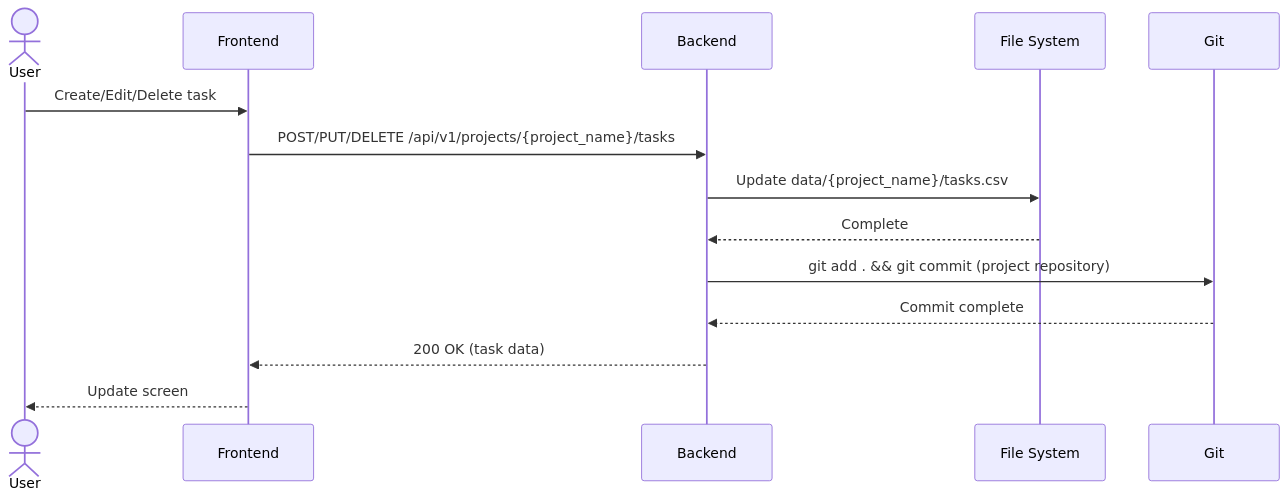
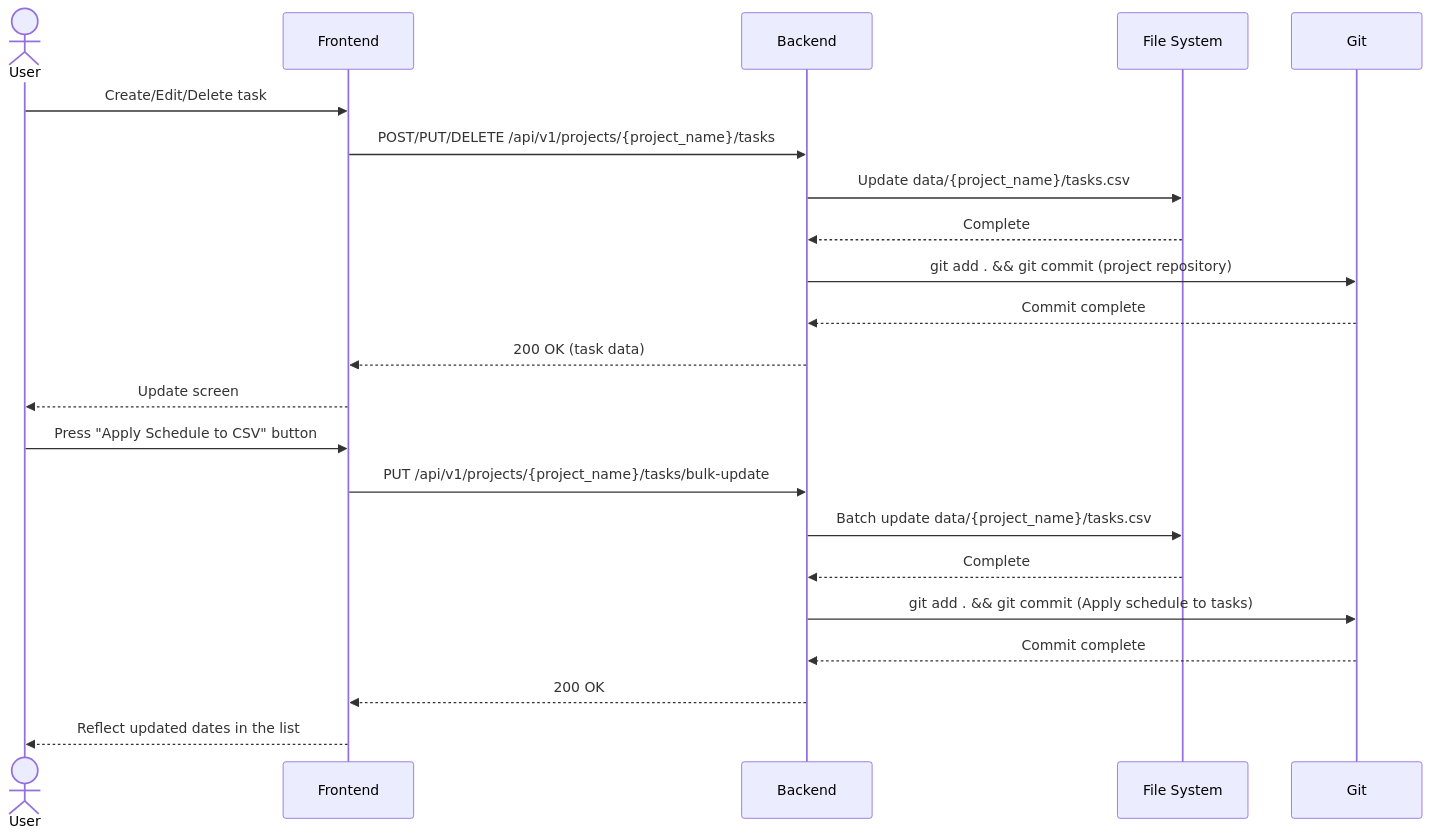
Before and after one commit to FukayaLearning/local-project-management-tool: the fourth of 6 diagrams in doc/design/system.md, drawn with Mermaid. The commit also changed other lines of this file and 12 other files, not shown here.

````diff
--- a/doc/design/system.md
+++ b/doc/design/system.md
@@ -109,17 +109,26 @@
 ```mermaid
 sequenceDiagram
     actor User as User
     participant FE as Frontend
     participant BE as Backend
     participant FS as File System
     participant Git as Git
 
     User->>FE: Create/Edit/Delete task
     FE->>BE: POST/PUT/DELETE /api/v1/projects/{project_name}/tasks
     BE->>FS: Update data/{project_name}/tasks.csv
     FS-->>BE: Complete
     BE->>Git: git add . && git commit (project repository)
     Git-->>BE: Commit complete
     BE-->>FE: 200 OK (task data)
     FE-->>User: Update screen
+
+    User->>FE: Press "Apply Schedule to CSV" button
+    FE->>BE: PUT /api/v1/projects/{project_name}/tasks/bulk-update
+    BE->>FS: Batch update data/{project_name}/tasks.csv
+    FS-->>BE: Complete
+    BE->>Git: git add . && git commit (Apply schedule to tasks)
+    Git-->>BE: Commit complete
+    BE-->>FE: 200 OK
+    FE-->>User: Reflect updated dates in the list
 ```
````
